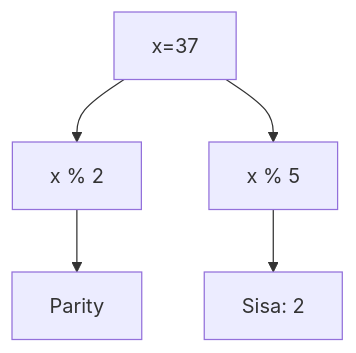
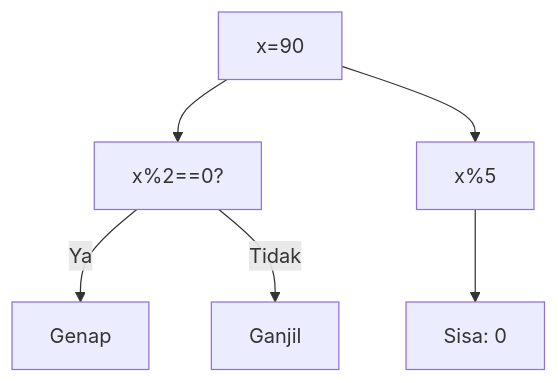
One commit to amnahwaida/OSNK_INF_PREP changed diagram 17 of 25 in part-c-pemahaman-cpp/01-tipe-data/latihan/set-12.md. Above: the diagram before and after it, drawn with Mermaid. The commit also changed other lines of this file and 71 other files, not shown here.

Commit message:
Fixed Mermaid syntax lexical errors with quoted labels in 1,800 questions

````diff
--- a/part-c-pemahaman-cpp/01-tipe-data/latihan/set-12.md
+++ b/part-c-pemahaman-cpp/01-tipe-data/latihan/set-12.md
@@ -538,7 +524,8 @@
 ```mermaid
 graph TD
-A[x=37] --> B[x % 2]
-B --> C[Parity]
-A --> D[x % 5]
-D --> E[Sisa: 2]
+A["x=90"] --> B["x%2==0?"]
+B -- Ya --> C["Genap"]
+B -- Tidak --> D["Ganjil"]
+A --> E["x%5"]
+E --> F["Sisa: 0"]
 ```
````
